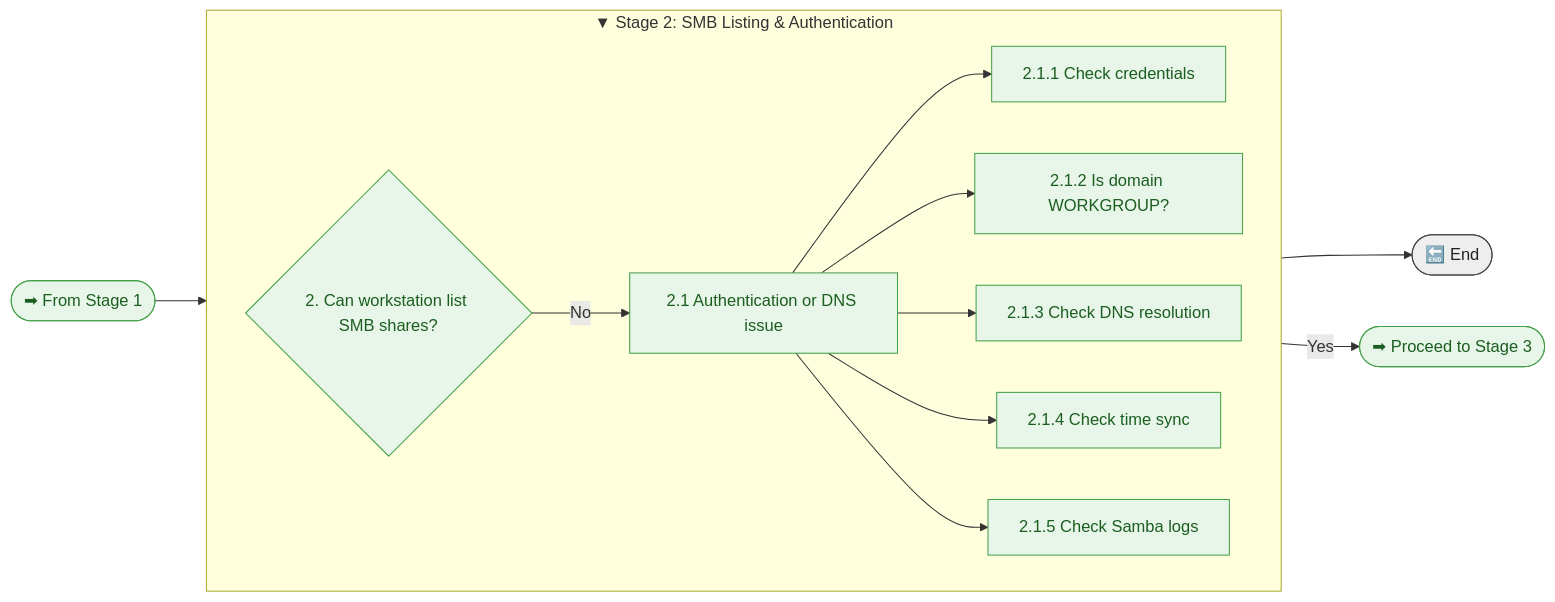
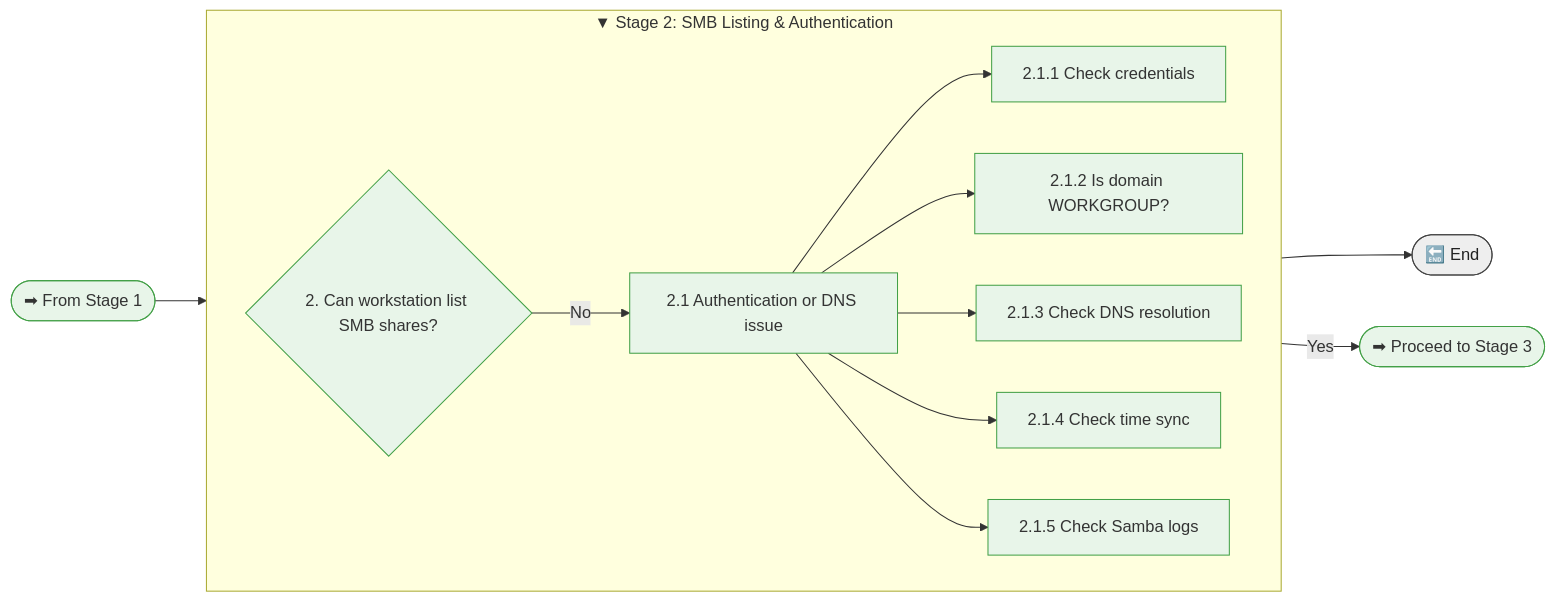
Before and after one commit to rikosintie/Haas_Data_collect: the second of 2 diagrams in docs/appendices/img/stage2.md, drawn with Mermaid. The commit also changed other lines of this file and 2 other files, not shown here.

Commit message:
Git Title: docs/appendices/img/stage1.md, stage2.md, stage3.md
Git Description:
Changed color of text to be easier to read

````diff
--- a/docs/appendices/img/stage2.md
+++ b/docs/appendices/img/stage2.md
@@ -26,34 +26,34 @@
 ```mermaid
 flowchart LR
 
     %% Styles
-    classDef stage2 fill:#e8f5e9,stroke:#43a047,stroke-width:1px,color:#1b5e20;
-    classDef terminal fill:#eeeeee,stroke:#424242,color:#212121,stroke-width:1px;
+    classDef stage2 fill:#e8f5e9,stroke:#43a047,stroke-width:1px,color:#1b5e20 !important;
+    classDef terminal fill:#eeeeee,stroke:#424242,color:#212121,stroke-width:1px !important;
 
     %% Stage 2 Entry
     A([➡ From Stage 1]) --> C{2. Can workstation list SMB shares?}
     class A,C stage2
 
     %% Stage 2
     subgraph Stage2 [▼ Stage 2: SMB Listing & Authentication]
         direction LR
 
         C -->|No| C1[2.1 Authentication or DNS issue]
 
         C1 --> C1a[2.1.1 Check credentials]
         C1 --> C1b[2.1.2 Is domain WORKGROUP?]
         C1 --> C1c[2.1.3 Check DNS resolution]
         C1 --> C1d[2.1.4 Check time sync]
         C1 --> C1e[2.1.5 Check Samba logs]
     end
 
     class C1,C1a,C1b,C1c,C1d,C1e stage2
 
     %% End if listing fails
     C1e --> Z([🔚 End])
     class Z terminal
 
     %% Success path → Stage 3
     C -->|Yes| NextStage3([➡ Proceed to Stage 3])
     class NextStage3 stage2
 ```
````
